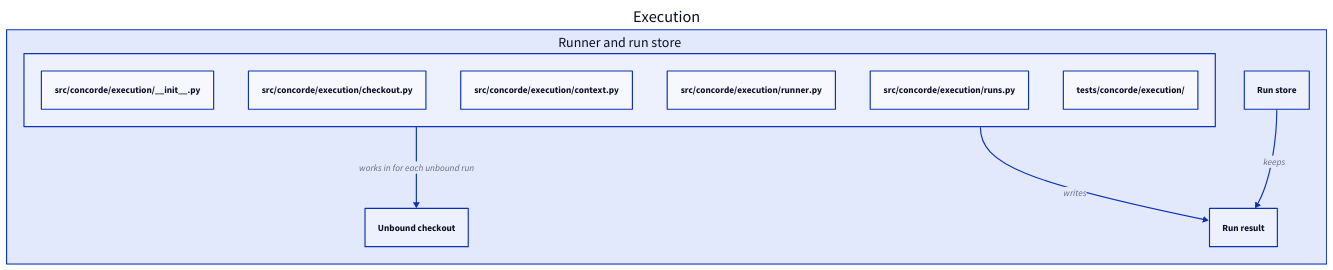
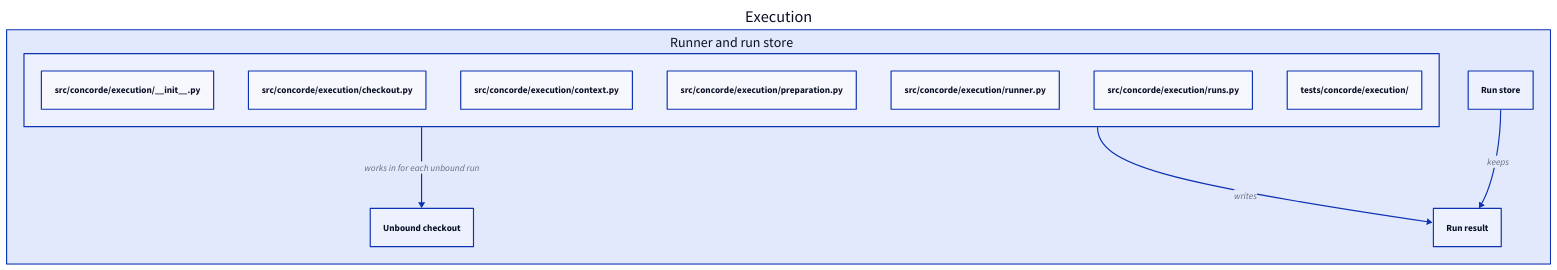
The fourth of 4 diagrams in specs/concorde/execution/module.md (FTOD/concorde), drawn with D2 before and after one commit. The commit also changed other lines of this file and 16 other files, not shown here.

````diff
--- a/specs/concorde/execution/module.md
+++ b/specs/concorde/execution/module.md
@@ -628,18 +653,19 @@
 ```d2
 execution: Execution {
   runner: Runner and run store {
     "src/concorde/execution/__init__.py"
     "src/concorde/execution/checkout.py"
     "src/concorde/execution/context.py"
+    "src/concorde/execution/preparation.py"
     "src/concorde/execution/runner.py"
     "src/concorde/execution/runs.py"
     "tests/concorde/execution/"
   }
   result: Run result
   store: Run store
   checkout: Unbound checkout
   runner -> checkout: works in for each unbound run
   runner -> result: writes
   store -> result: keeps
 }
 ```
````
